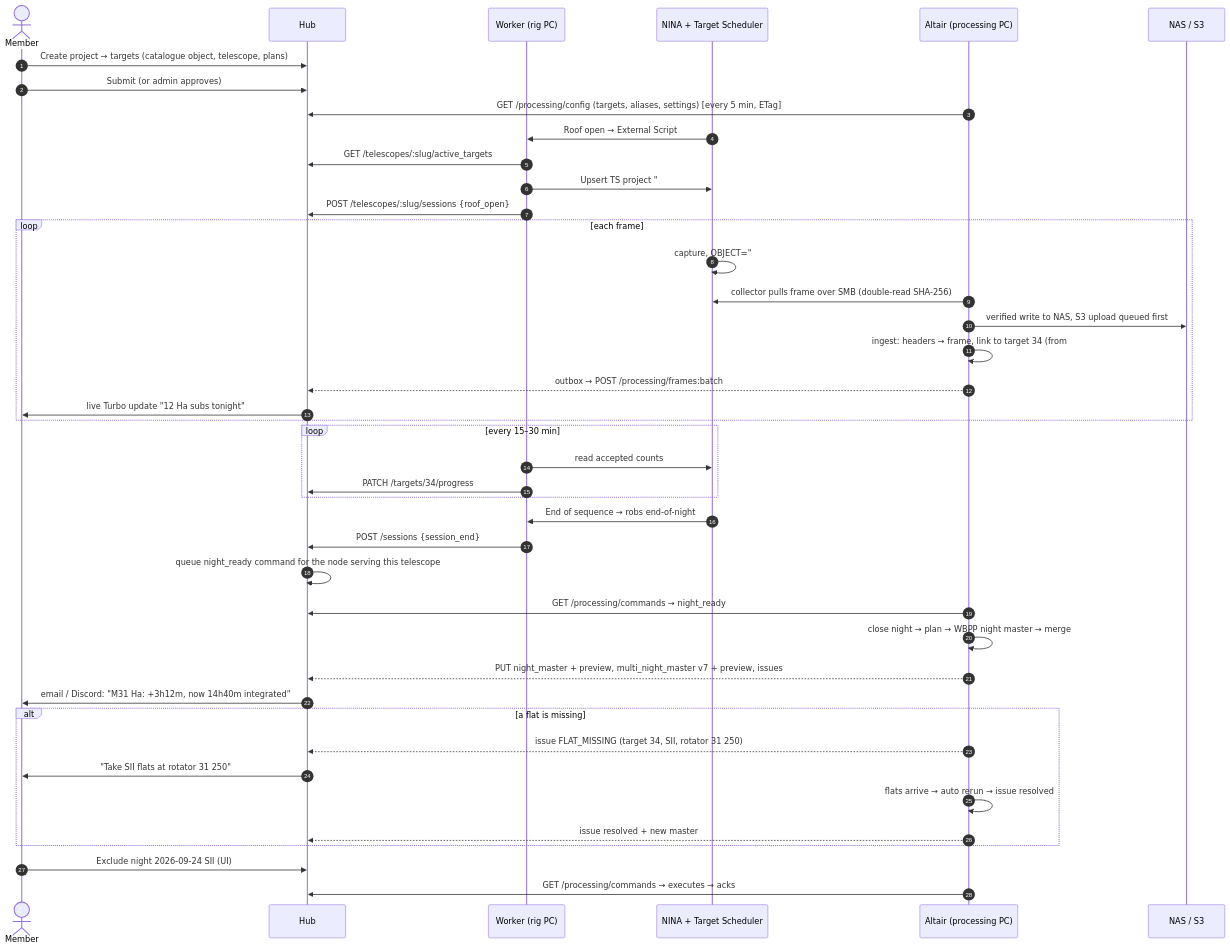
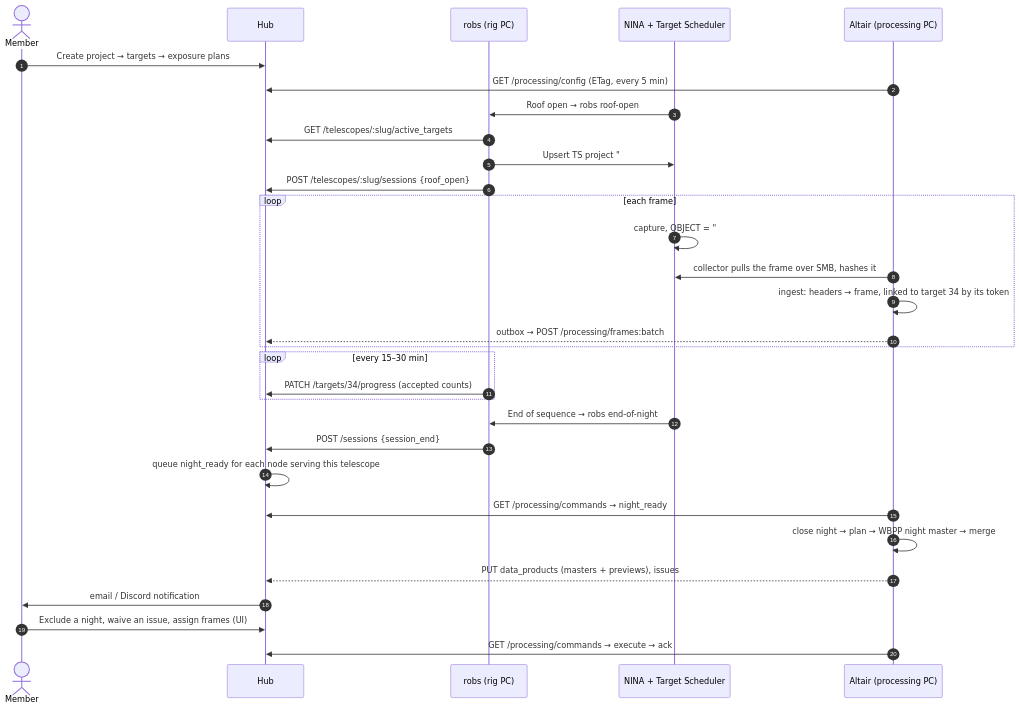
The second of 3 diagrams in docs/SYSTEM_ARCHITECTURE.md (cecomp64/altair-observatory-system), drawn with Mermaid before and after one commit. The commit also changed other lines of this file and 15 other files, not shown here.

First line of the commit message:
Docs: architecture describes the current repository; archive the plan

````diff
--- a/docs/SYSTEM_ARCHITECTURE.md
+++ b/docs/SYSTEM_ARCHITECTURE.md
@@ -220,45 +203,34 @@
 ```mermaid
 sequenceDiagram
   autonumber
   actor M as Member
   participant H as Hub
-  participant W as Worker (rig PC)
+  participant W as robs (rig PC)
   participant N as NINA + Target Scheduler
   participant A as Altair (processing PC)
-  participant S as NAS / S3
 
-  M->>H: Create project → targets (catalogue object, telescope, plans)
-  M->>H: Submit (or admin approves)
-  A->>H: GET /processing/config (targets, aliases, settings) [every 5 min, ETag]
-  N->>W: Roof open → External Script
+  M->>H: Create project → targets → exposure plans
+  A->>H: GET /processing/config (ETag, every 5 min)
+  N->>W: Roof open → robs roof-open
   W->>H: GET /telescopes/:slug/active_targets
-  W->>N: Upsert TS project "#P12 …", target "#34 M31", plans
+  W->>N: Upsert TS project "#P12 …", target "#34 M31", plans (schedule_count)
   W->>H: POST /telescopes/:slug/sessions {roof_open}
   loop each frame
-    N->>N: capture, OBJECT="#34 M31"
-    A->>N: collector pulls frame over SMB (double-read SHA-256)
-    A->>S: verified write to NAS, S3 upload queued first
-    A->>A: ingest: headers → frame, link to target 34 (from #34 token)
+    N->>N: capture, OBJECT = "#34 M31"
+    A->>N: collector pulls the frame over SMB, hashes it
+    A->>A: ingest: headers → frame, linked to target 34 by its token
     A-->>H: outbox → POST /processing/frames:batch
-    H->>M: live Turbo update "12 Ha subs tonight"
   end
   loop every 15–30 min
-    W->>N: read accepted counts
-    W->>H: PATCH /targets/34/progress
+    W->>H: PATCH /targets/34/progress (accepted counts)
   end
   N->>W: End of sequence → robs end-of-night
   W->>H: POST /sessions {session_end}
-  H->>H: queue night_ready command for the node serving this telescope
+  H->>H: queue night_ready for each node serving this telescope
   A->>H: GET /processing/commands → night_ready
   A->>A: close night → plan → WBPP night master → merge
-  A-->>H: PUT night_master + preview, multi_night_master v7 + preview, issues
-  H->>M: email / Discord: "M31 Ha: +3h12m, now 14h40m integrated"
-  alt a flat is missing
-    A-->>H: issue FLAT_MISSING (target 34, SII, rotator 31 250)
-    H->>M: "Take SII flats at rotator 31 250"
-    A->>A: flats arrive → auto rerun → issue resolved
-    A-->>H: issue resolved + new master
-  end
-  M->>H: Exclude night 2026-09-24 SII (UI)
-  A->>H: GET /processing/commands → executes → acks
+  A-->>H: PUT data_products (masters + previews), issues
+  H->>M: email / Discord notification
+  M->>H: Exclude a night, waive an issue, assign frames (UI)
+  A->>H: GET /processing/commands → execute → ack
 ```
````
